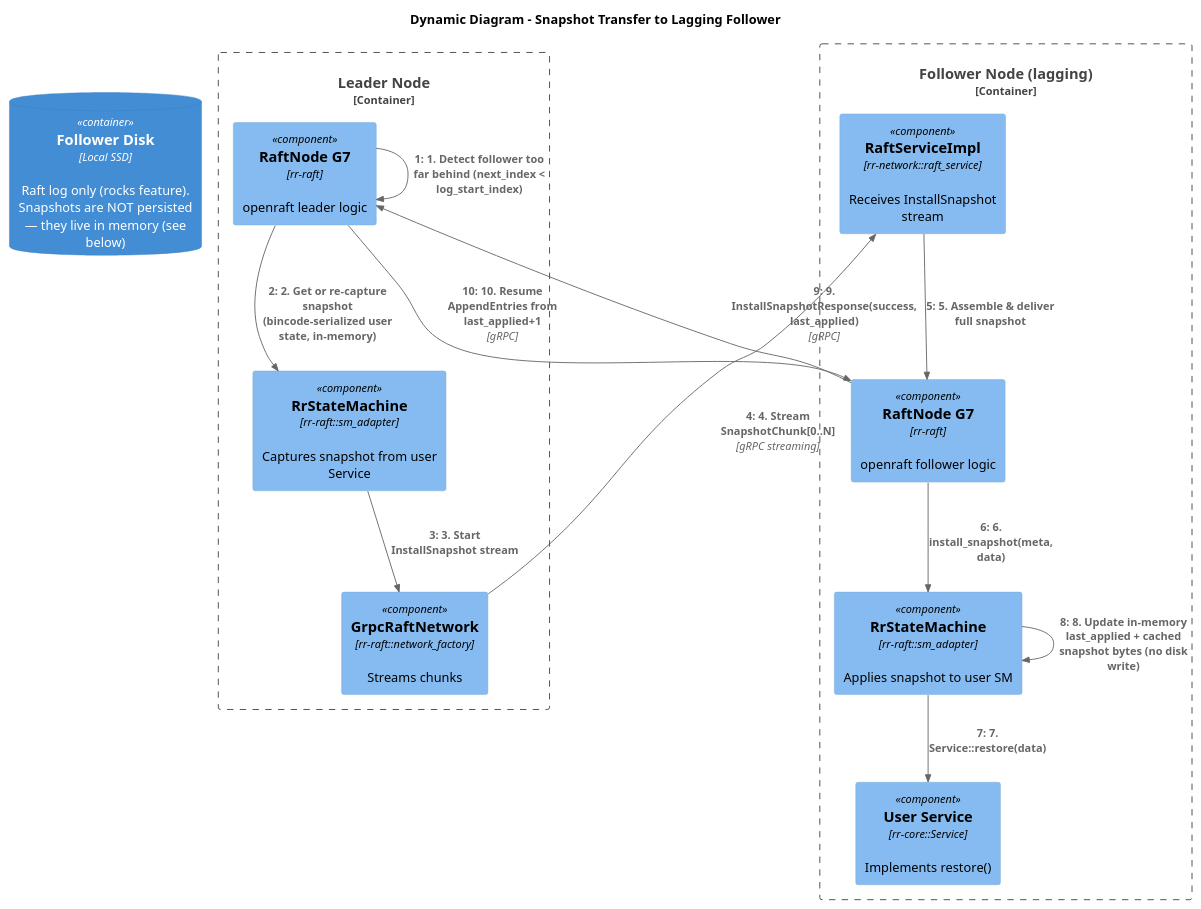
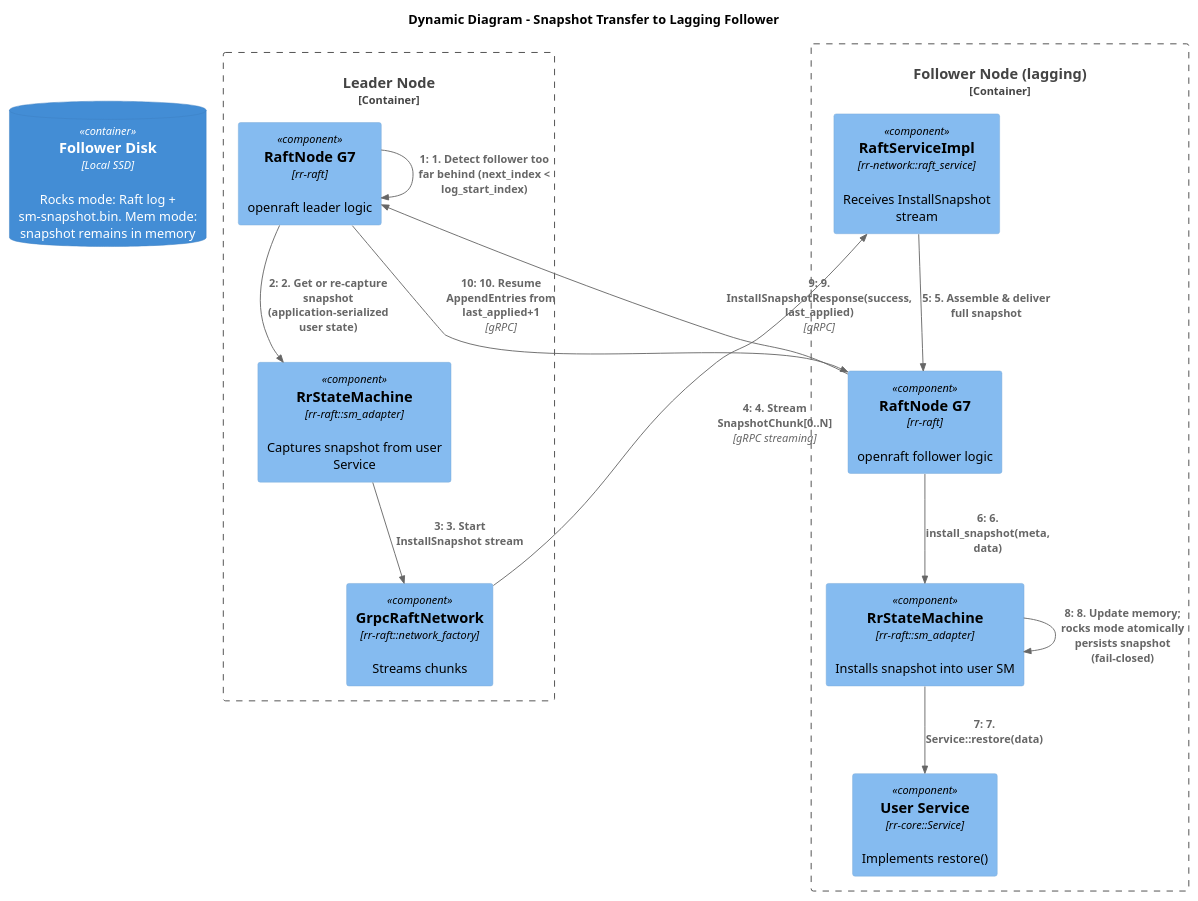
The first of 2 diagrams in docs/docs/architecture/c4/dynamic-snapshot-transfer.md (gardenias/rr), drawn with PlantUML before and after one commit. The commit also changed other lines of this file and 130 other files, not shown here.

````diff
--- a/docs/docs/architecture/c4/dynamic-snapshot-transfer.md
+++ b/docs/docs/architecture/c4/dynamic-snapshot-transfer.md
@@ -15,36 +14,36 @@
 ```plantuml
 @startuml
 !include <C4/C4_Dynamic.puml>
 
 title Dynamic Diagram - Snapshot Transfer to Lagging Follower
 
 Container_Boundary(leader, "Leader Node") {
   Component(l_raft, "RaftNode G7", "rr-raft", "openraft leader logic")
   Component(l_sm, "RrStateMachine", "rr-raft::sm_adapter", "Captures snapshot from user Service")
   Component(l_net, "GrpcRaftNetwork", "rr-raft::network_factory", "Streams chunks")
 }
 
 Container_Boundary(follower, "Follower Node (lagging)") {
   Component(f_grpc, "RaftServiceImpl", "rr-network::raft_service", "Receives InstallSnapshot stream")
   Component(f_raft, "RaftNode G7", "rr-raft", "openraft follower logic")
-  Component(f_sm, "RrStateMachine", "rr-raft::sm_adapter", "Applies snapshot to user SM")
+  Component(f_sm, "RrStateMachine", "rr-raft::sm_adapter", "Installs snapshot into user SM")
   Component(f_svc, "User Service", "rr-core::Service", "Implements restore()")
 }
 
-ContainerDb(f_disk, "Follower Disk", "Local SSD", "Raft log only (rocks feature). Snapshots are NOT persisted — they live in memory (see below)")
+ContainerDb(f_disk, "Follower Disk", "Local SSD", "Rocks mode: Raft log + sm-snapshot.bin. Mem mode: snapshot remains in memory")
 
 Rel(l_raft, l_raft, "1. Detect follower too far behind (next_index < log_start_index)")
-Rel(l_raft, l_sm, "2. Get or re-capture snapshot (bincode-serialized user state, in-memory)")
+Rel(l_raft, l_sm, "2. Get or re-capture snapshot (application-serialized user state)")
 Rel(l_sm, l_net, "3. Start InstallSnapshot stream")
 
 Rel(l_net, f_grpc, "4. Stream SnapshotChunk[0..N]", "gRPC streaming")
 Rel(f_grpc, f_raft, "5. Assemble & deliver full snapshot")
 Rel(f_raft, f_sm, "6. install_snapshot(meta, data)")
 Rel(f_sm, f_svc, "7. Service::restore(data)")
-Rel(f_sm, f_sm, "8. Update in-memory last_applied + cached snapshot bytes (no disk write)")
+Rel(f_sm, f_sm, "8. Update memory; rocks mode atomically persists snapshot (fail-closed)")
 
 Rel(f_raft, l_raft, "9. InstallSnapshotResponse(success, last_applied)", "gRPC")
 Rel(l_raft, f_raft, "10. Resume AppendEntries from last_applied+1", "gRPC")
 
 @enduml
 ```
````
